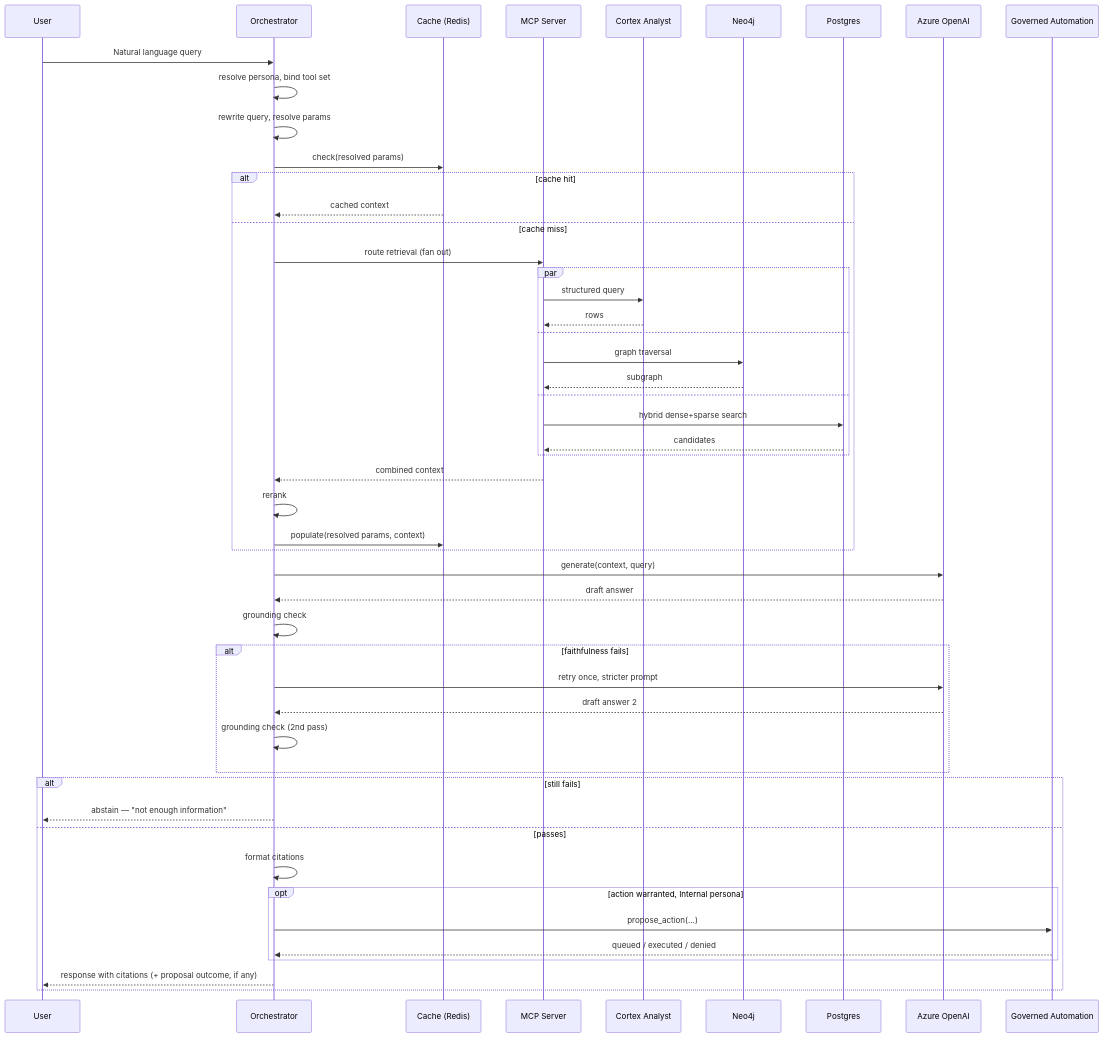
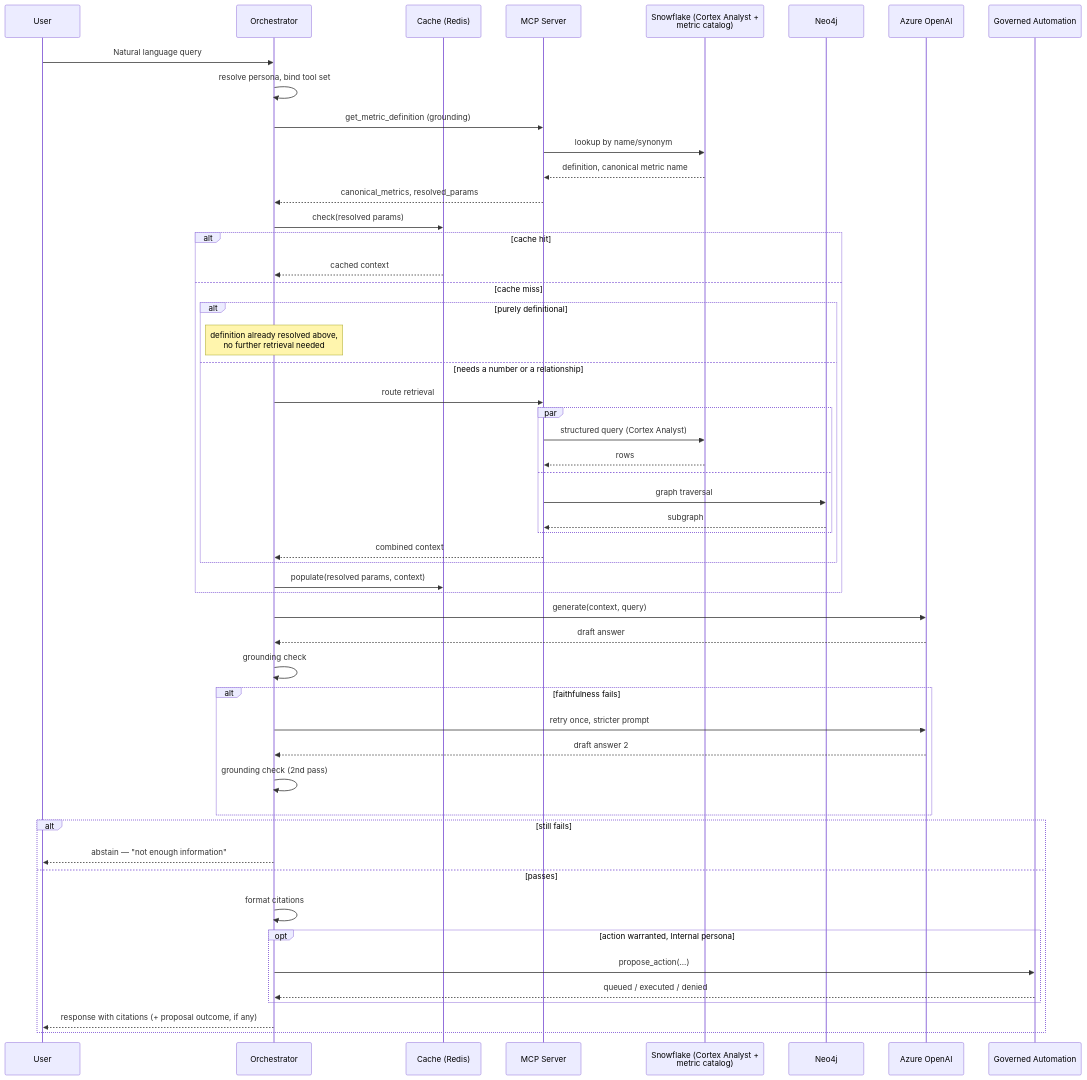
The third of 3 diagrams in docs/Solution_Architecture_Cloud_Workbench.md (mbnest/finops-intelligence-platform), drawn with Mermaid before and after one commit. The commit also changed other lines of this file and 4 other files, not shown here.

````diff
--- a/docs/Solution_Architecture_Cloud_Workbench.md
+++ b/docs/Solution_Architecture_Cloud_Workbench.md
@@ -124,53 +121,55 @@
 ```mermaid
 sequenceDiagram
     participant U as User
     participant CW as Orchestrator
     participant CACHE as Cache (Redis)
     participant MCP as MCP Server
-    participant SF as Cortex Analyst
+    participant SF as Snowflake (Cortex Analyst +<br/>metric catalog)
     participant N4 as Neo4j
-    participant PG as Postgres
     participant LLM as Azure OpenAI
     participant A as Governed Automation
 
     U->>CW: Natural language query
     CW->>CW: resolve persona, bind tool set
-    CW->>CW: rewrite query, resolve params
+    CW->>MCP: get_metric_definition (grounding)
+    MCP->>SF: lookup by name/synonym
+    SF-->>MCP: definition, canonical metric name
+    MCP-->>CW: canonical_metrics, resolved_params
     CW->>CACHE: check(resolved params)
     alt cache hit
         CACHE-->>CW: cached context
     else cache miss
-        CW->>MCP: route retrieval (fan out)
-        par
-            MCP->>SF: structured query
-            SF-->>MCP: rows
-        and
-            MCP->>N4: graph traversal
-            N4-->>MCP: subgraph
-        and
-            MCP->>PG: hybrid dense+sparse search
-            PG-->>MCP: candidates
+        alt purely definitional
+            Note over CW: definition already resolved above,<br/>no further retrieval needed
+        else needs a number or a relationship
+            CW->>MCP: route retrieval
+            par
+                MCP->>SF: structured query (Cortex Analyst)
+                SF-->>MCP: rows
+            and
+                MCP->>N4: graph traversal
+                N4-->>MCP: subgraph
+            end
+            MCP-->>CW: combined context
         end
-        MCP-->>CW: combined context
-        CW->>CW: rerank
         CW->>CACHE: populate(resolved params, context)
     end
     CW->>LLM: generate(context, query)
     LLM-->>CW: draft answer
     CW->>CW: grounding check
     alt faithfulness fails
         CW->>LLM: retry once, stricter prompt
         LLM-->>CW: draft answer 2
         CW->>CW: grounding check (2nd pass)
     end
     alt still fails
         CW-->>U: abstain — "not enough information"
     else passes
         CW->>CW: format citations
         opt action warranted, Internal persona
             CW->>A: propose_action(...)
             A-->>CW: queued / executed / denied
         end
         CW-->>U: response with citations (+ proposal outcome, if any)
     end
 ```
````
